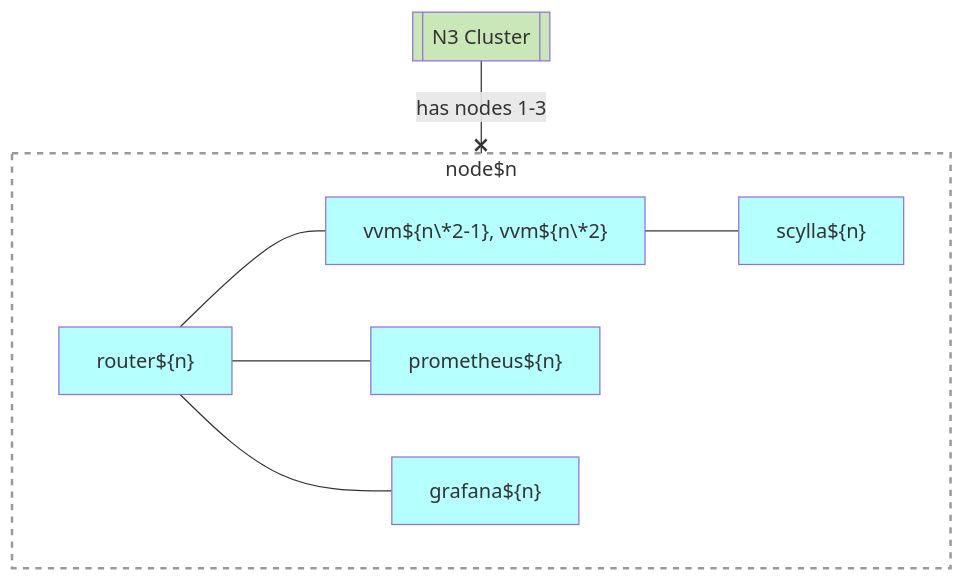
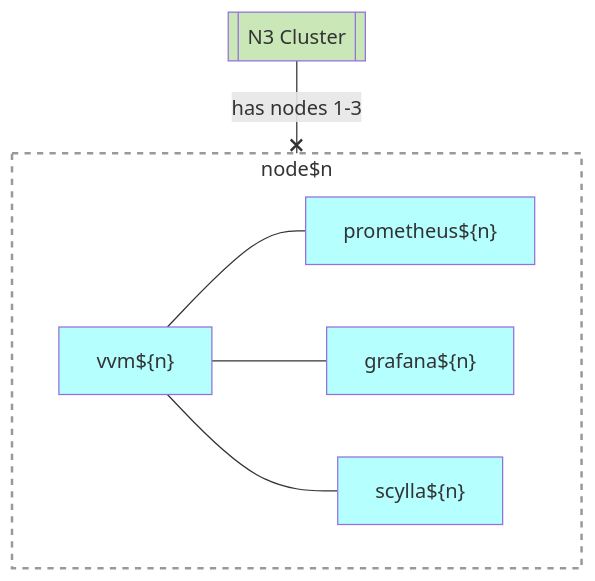
One commit to voedger/voedger-internals changed the diagram in server/arch/c2.n3.md. Above: the diagram before and after it, drawn with Mermaid. The commit also changed other lines of this file, not shown here.

Commit message:
Update N3 architecture documentation to reflect C2-design changes and correct VVM configuration

````diff
--- a/server/arch/c2.n3.md
+++ b/server/arch/c2.n3.md
@@ -29,31 +29,29 @@
 ```mermaid
   graph TD
 
   %% Entities
 
   N3Cluster[[N3 Cluster]]:::H
 
   Node1["Node${n}"]:::G
 
   subgraph Node1["node$n"]
-    router1["router${n}"]:::S
-    vvm12["vvm${n\*2-1}, vvm${n\*2}"]:::S
+    vvm12["vvm${n}"]:::S
     prometheus1["prometheus${n}"]:::S
     scylla1["scylla${n}"]:::S
     grafana1["grafana${n}"]:::S
-    router1 --- vvm12
-    router1 --- prometheus1
-    router1 --- grafana1
+    vvm12 --- prometheus1
+    vvm12 --- grafana1
     vvm12 --- scylla1
   end
 
   %% Relations
 
   N3Cluster --x |has nodes 1-3| Node1
 
 
   classDef B fill:#FFFFB5,color:#333
   classDef S fill:#B5FFFF,color:#333
   classDef H fill:#C9E7B7,color:#333
   classDef G fill:#ffffff15, stroke:#999, stroke-width:2px, stroke-dasharray: 5 5
 ```  
````
